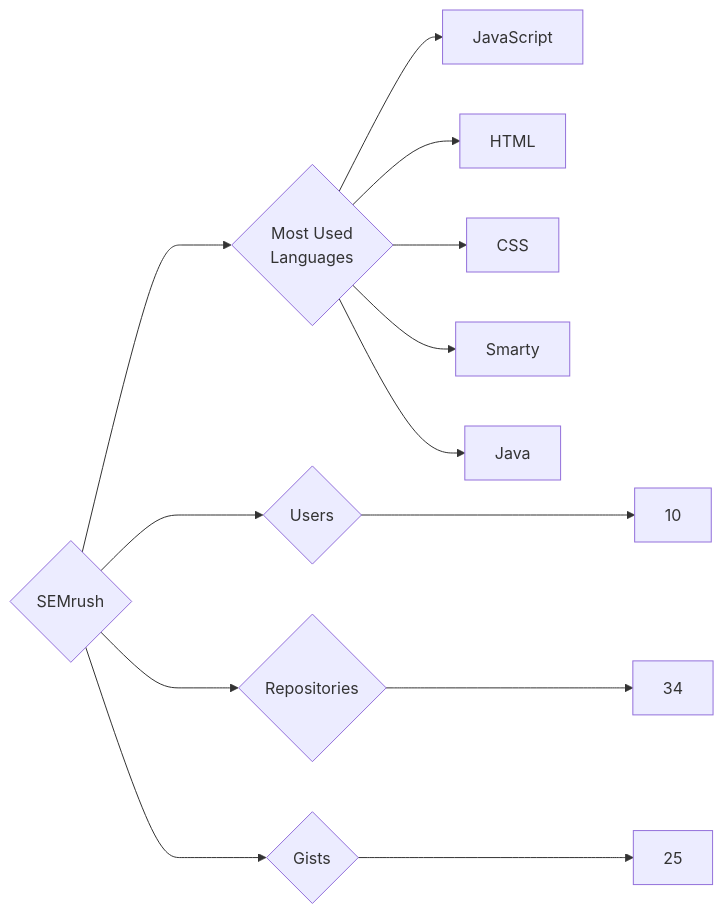
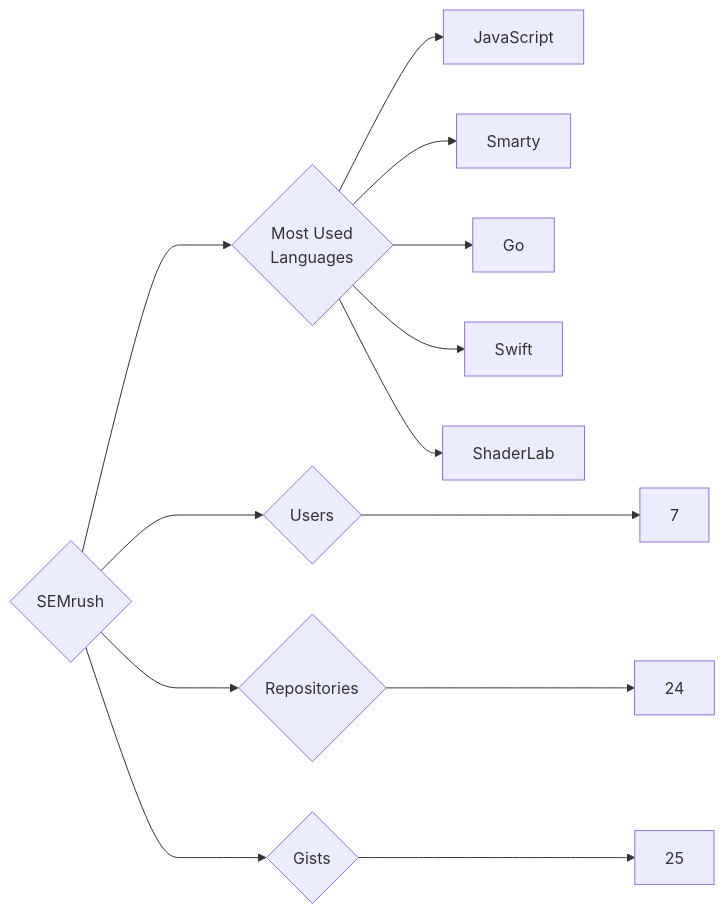
The diagram in targets/SEMrush/README.md (trickest/insiders), drawn with Mermaid before and after one commit. The commit also changed 715 other files, not shown here.

````diff
--- a/targets/SEMrush/README.md
+++ b/targets/SEMrush/README.md
@@ -3,13 +3,13 @@
 ```mermaid
 graph LR
 COMPANY_NAME{SEMrush}
-COMPANY_NAME ---> U{Users} ---> UN[10]
-COMPANY_NAME ---> R{Repositories} ---> RN[34]
+COMPANY_NAME ---> U{Users} ---> UN[7]
+COMPANY_NAME ---> R{Repositories} ---> RN[24]
 COMPANY_NAME ---> G{Gists} ---> GN[25]
 COMPANY_NAME ---> ML{Most Used<br>Languages}
 ML --> JavaScript[JavaScript]
-ML --> HTML[HTML]
-ML --> CSS[CSS]
 ML --> Smarty[Smarty]
-ML --> Java[Java]
+ML --> Go[Go]
+ML --> Swift[Swift]
+ML --> ShaderLab[ShaderLab]
 ```
````
